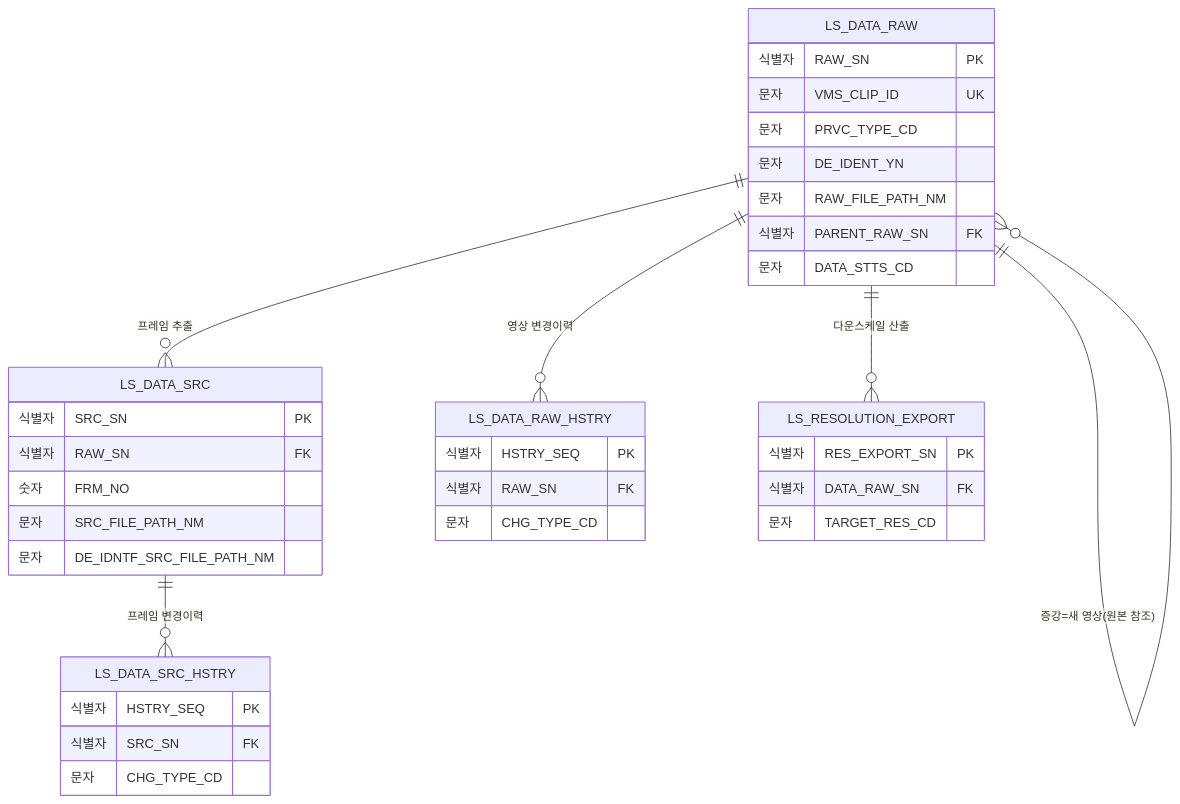
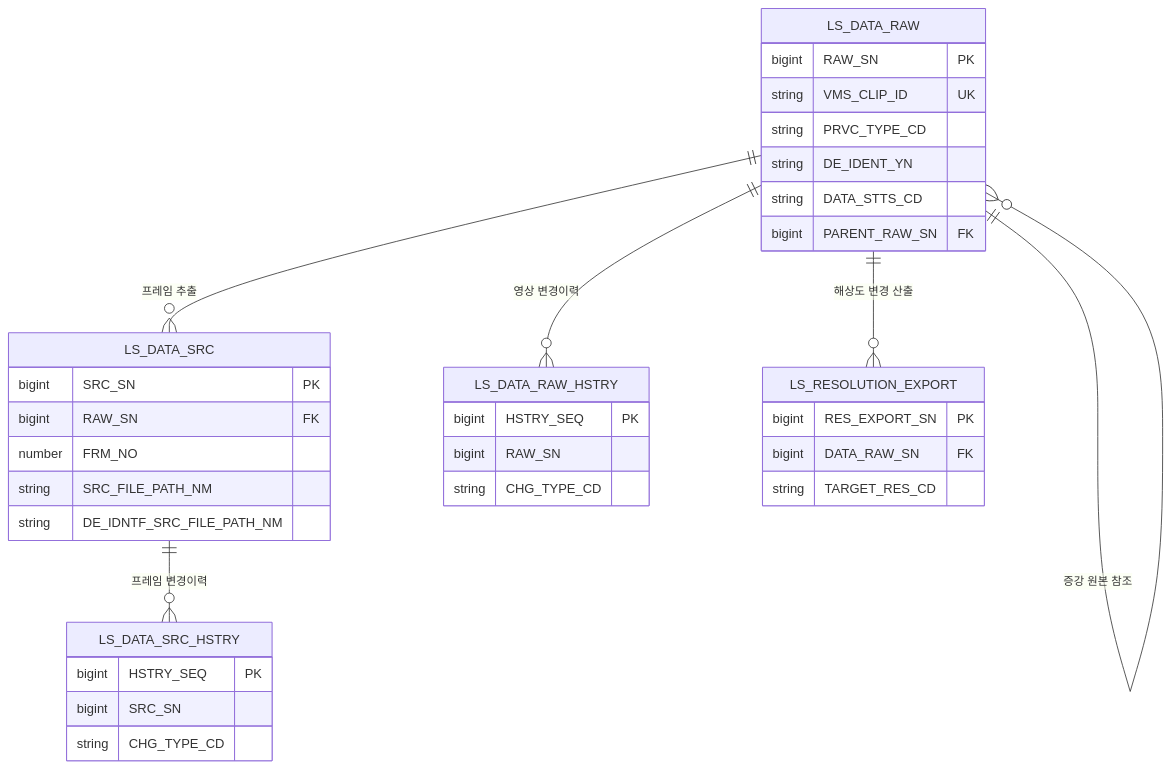
Before and after one commit to New-stella/klid-label: the first of 14 diagrams in docs/design/D8-엔티티관계모형설계서.md, drawn with Mermaid. The commit also changed other lines of this file and 7 other files, not shown here.

````diff
--- a/docs/design/D8-엔티티관계모형설계서.md
+++ b/docs/design/D8-엔티티관계모형설계서.md
@@ -62,39 +51,38 @@
 ```mermaid
 erDiagram
     LS_DATA_RAW ||--o{ LS_DATA_SRC : "프레임 추출"
-    LS_DATA_RAW ||--o{ LS_DATA_RAW : "증강=새 영상(원본 참조)"
     LS_DATA_RAW ||--o{ LS_DATA_RAW_HSTRY : "영상 변경이력"
     LS_DATA_SRC ||--o{ LS_DATA_SRC_HSTRY : "프레임 변경이력"
-    LS_DATA_RAW ||--o{ LS_RESOLUTION_EXPORT : "다운스케일 산출"
+    LS_DATA_RAW ||--o{ LS_RESOLUTION_EXPORT : "해상도 변경 산출"
+    LS_DATA_RAW ||--o{ LS_DATA_RAW : "증강 원본 참조"
     LS_DATA_RAW {
-        식별자 RAW_SN PK
-        문자 VMS_CLIP_ID UK
-        문자 PRVC_TYPE_CD
-        문자 DE_IDENT_YN
-        문자 RAW_FILE_PATH_NM
-        식별자 PARENT_RAW_SN FK
-        문자 DATA_STTS_CD
+        bigint RAW_SN PK
+        string VMS_CLIP_ID UK
+        string PRVC_TYPE_CD
+        string DE_IDENT_YN
+        string DATA_STTS_CD
+        bigint PARENT_RAW_SN FK
     }
     LS_DATA_SRC {
-        식별자 SRC_SN PK
-        식별자 RAW_SN FK
-        숫자 FRM_NO
-        문자 SRC_FILE_PATH_NM
-        문자 DE_IDNTF_SRC_FILE_PATH_NM
+        bigint SRC_SN PK
+        bigint RAW_SN FK
+        number FRM_NO
+        string SRC_FILE_PATH_NM
+        string DE_IDNTF_SRC_FILE_PATH_NM
     }
     LS_DATA_RAW_HSTRY {
-        식별자 HSTRY_SEQ PK
-        식별자 RAW_SN FK
-        문자 CHG_TYPE_CD
+        bigint HSTRY_SEQ PK
+        bigint RAW_SN
+        string CHG_TYPE_CD
     }
     LS_DATA_SRC_HSTRY {
-        식별자 HSTRY_SEQ PK
-        식별자 SRC_SN FK
-        문자 CHG_TYPE_CD
+        bigint HSTRY_SEQ PK
+        bigint SRC_SN
+        string CHG_TYPE_CD
     }
     LS_RESOLUTION_EXPORT {
-        식별자 RES_EXPORT_SN PK
-        식별자 DATA_RAW_SN FK
-        문자 TARGET_RES_CD
+        bigint RES_EXPORT_SN PK
+        bigint DATA_RAW_SN FK
+        string TARGET_RES_CD
     }
 ```
````
